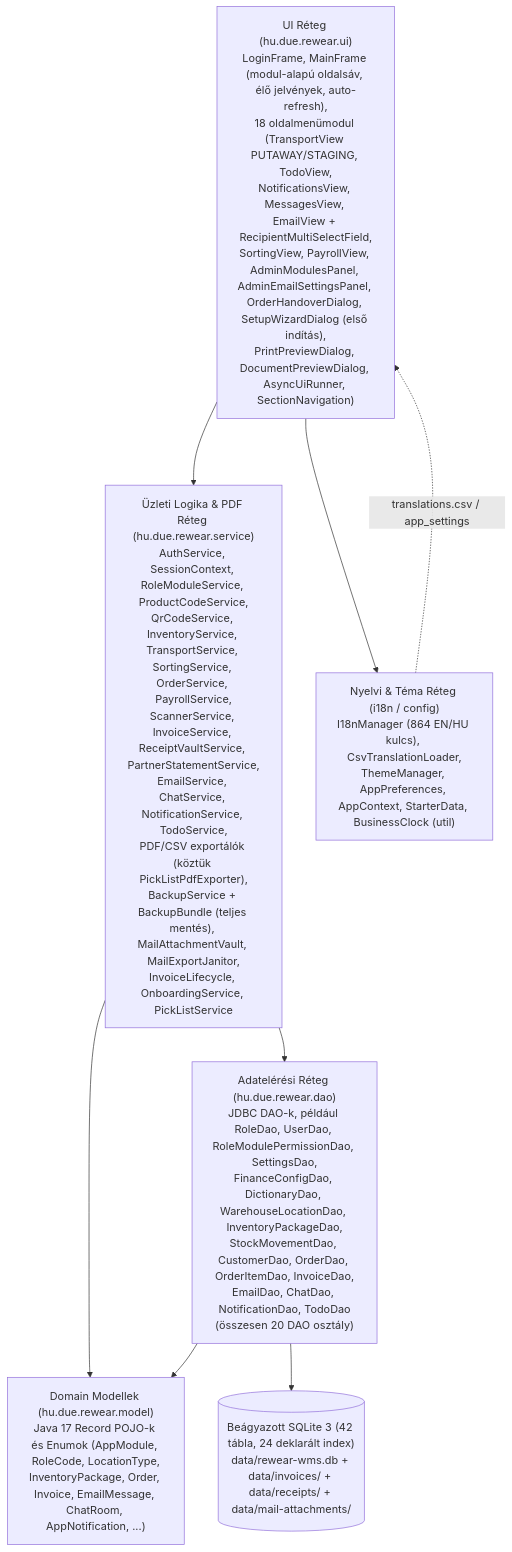
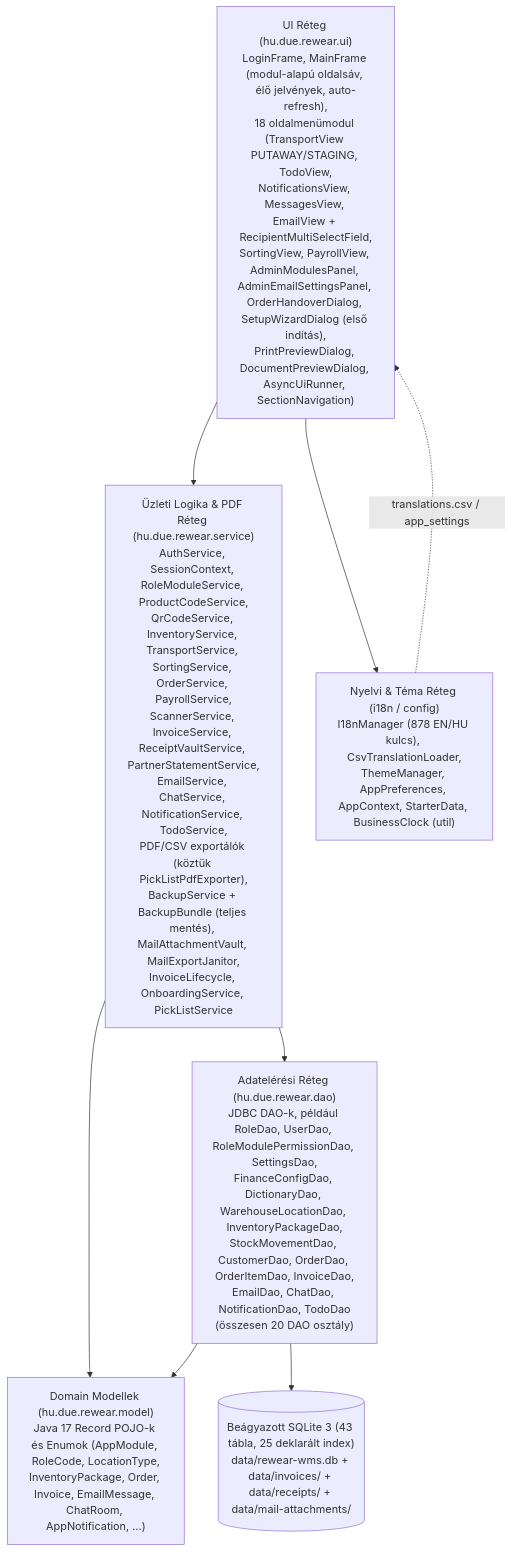
Before and after one commit to attilaczudor/due-prog-03: the first of 8 diagrams in docs/Programterv.md, drawn with Mermaid. The commit also changed other lines of this file and 15 other files, not shown here.

````diff
--- a/docs/Programterv.md
+++ b/docs/Programterv.md
@@ -11,17 +11,17 @@
 ```mermaid
 flowchart TD
     UI["UI Réteg (hu.due.rewear.ui)<br/>LoginFrame, MainFrame (modul-alapú oldalsáv, élő jelvények, auto-refresh),<br/>18 oldalmenümodul (TransportView PUTAWAY/STAGING, TodoView,<br/>NotificationsView, MessagesView, EmailView + RecipientMultiSelectField,<br/>SortingView, PayrollView, AdminModulesPanel, AdminEmailSettingsPanel, OrderHandoverDialog, SetupWizardDialog (első indítás),<br/>PrintPreviewDialog, DocumentPreviewDialog, AsyncUiRunner, SectionNavigation)"]
     SVC["Üzleti Logika & PDF Réteg (hu.due.rewear.service)<br/>AuthService, SessionContext, RoleModuleService, ProductCodeService,<br/>QrCodeService, InventoryService, TransportService, SortingService, OrderService, PayrollService,<br/>ScannerService, InvoiceService, ReceiptVaultService, PartnerStatementService,<br/>EmailService, ChatService, NotificationService, TodoService,<br/>PDF/CSV exportálók (köztük PickListPdfExporter),<br/>BackupService + BackupBundle (teljes mentés), MailAttachmentVault, MailExportJanitor,<br/>InvoiceLifecycle, OnboardingService, PickListService"]
-    I18N["Nyelvi & Téma Réteg (i18n / config)<br/>I18nManager (864 EN/HU kulcs), CsvTranslationLoader,<br/>ThemeManager, AppPreferences, AppContext, StarterData, BusinessClock (util)"]
+    I18N["Nyelvi & Téma Réteg (i18n / config)<br/>I18nManager (878 EN/HU kulcs), CsvTranslationLoader,<br/>ThemeManager, AppPreferences, AppContext, StarterData, BusinessClock (util)"]
     DAO["Adatelérési Réteg (hu.due.rewear.dao)<br/>JDBC DAO-k, például RoleDao, UserDao, RoleModulePermissionDao, SettingsDao,<br/>FinanceConfigDao, DictionaryDao, WarehouseLocationDao, InventoryPackageDao,<br/>StockMovementDao, CustomerDao, OrderDao, OrderItemDao, InvoiceDao,<br/>EmailDao, ChatDao, NotificationDao, TodoDao<br/>(összesen 20 DAO osztály)"]
     MODEL["Domain Modellek (hu.due.rewear.model)<br/>Java 17 Record POJO-k és Enumok (AppModule, RoleCode, LocationType,<br/>InventoryPackage, Order, Invoice, EmailMessage, ChatRoom, AppNotification, ...)"]
-    DB[("Beágyazott SQLite 3 (42 tábla, 24 deklarált index)<br/>data/rewear-wms.db + data/invoices/ + data/receipts/ + data/mail-attachments/")]
+    DB[("Beágyazott SQLite 3 (43 tábla, 25 deklarált index)<br/>data/rewear-wms.db + data/invoices/ + data/receipts/ + data/mail-attachments/")]
 
     UI --> SVC
     UI --> I18N
     SVC --> DAO
     SVC --> MODEL
     DAO --> MODEL
     DAO --> DB
     I18N -.->|"translations.csv / app_settings"| UI
 ```
````
